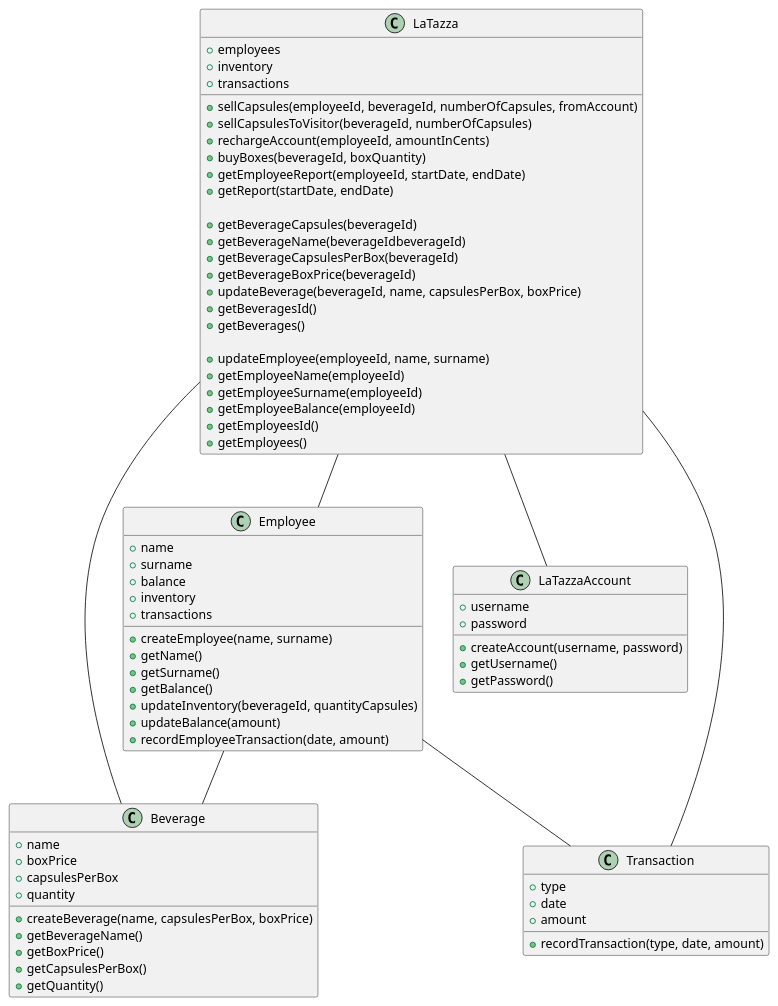
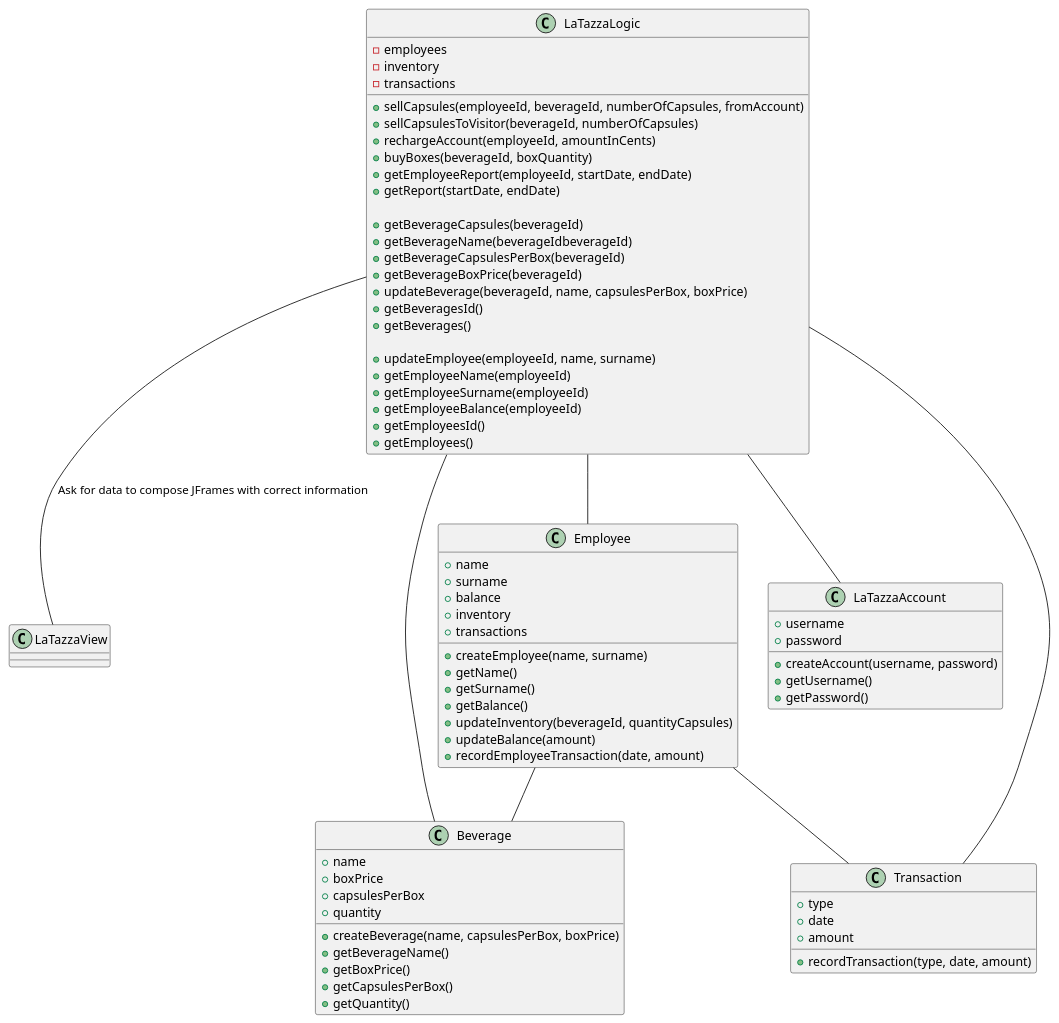
The second of 3 diagrams in templates/DesignDocumentTemplate.md (SimoneDutto/LaTazza), drawn with PlantUML before and after one commit. The commit also changed other lines of this file, not shown here.

````diff
--- a/templates/DesignDocumentTemplate.md
+++ b/templates/DesignDocumentTemplate.md
@@ -35,8 +36,13 @@
 ```plantuml
-class LaTazza{
-+ employees
-+ inventory
-+ transactions
+class LaTazzaView{
+    
+} 
+
+
+class LaTazzaLogic{
+- employees
+- inventory
+- transactions
 
 {method} + sellCapsules(employeeId, beverageId, numberOfCapsules, fromAccount)
 {method} + sellCapsulesToVisitor(beverageId, numberOfCapsules)
@@ -107,11 +113,15 @@
 {method} + recordTransaction(type, date, amount)
 }
 
-LaTazza -- LaTazzaAccount
-LaTazza -- Employee
-LaTazza -- Transaction
-LaTazza -- Beverage
+LaTazzaLogic -- LaTazzaView : "Ask for data to compose JFrames with correct information"
+
+LaTazzaLogic -- LaTazzaAccount
+LaTazzaLogic -- Employee
+LaTazzaLogic -- Transaction
+LaTazzaLogic -- Beverage
 
 Employee -- Beverage
 Employee -- Transaction
+
+
 ```
````
